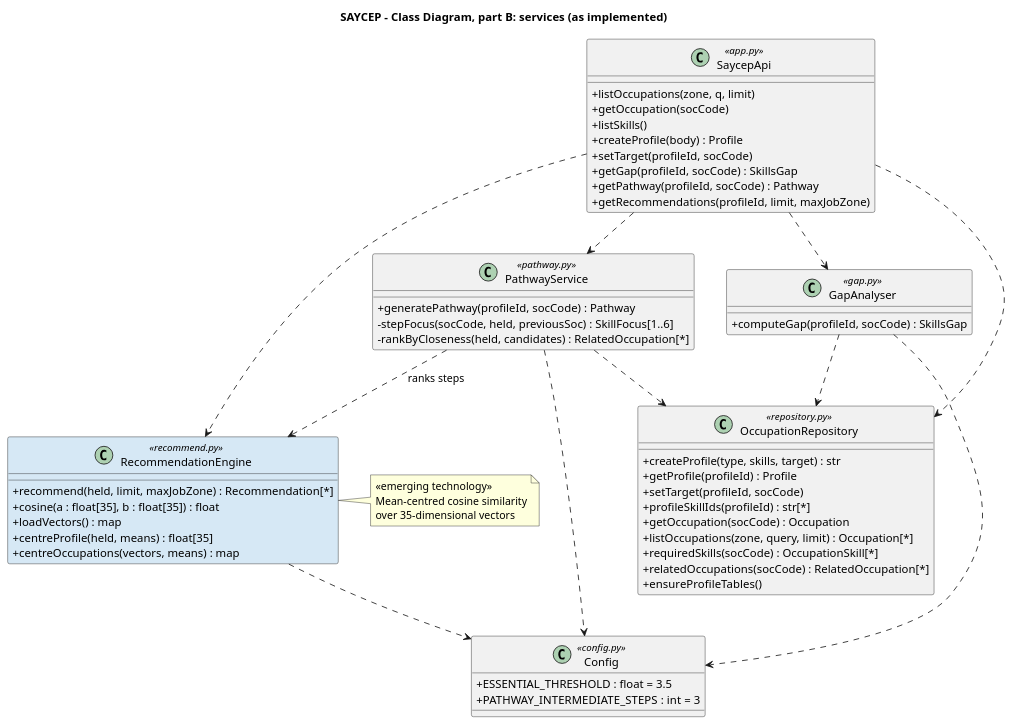
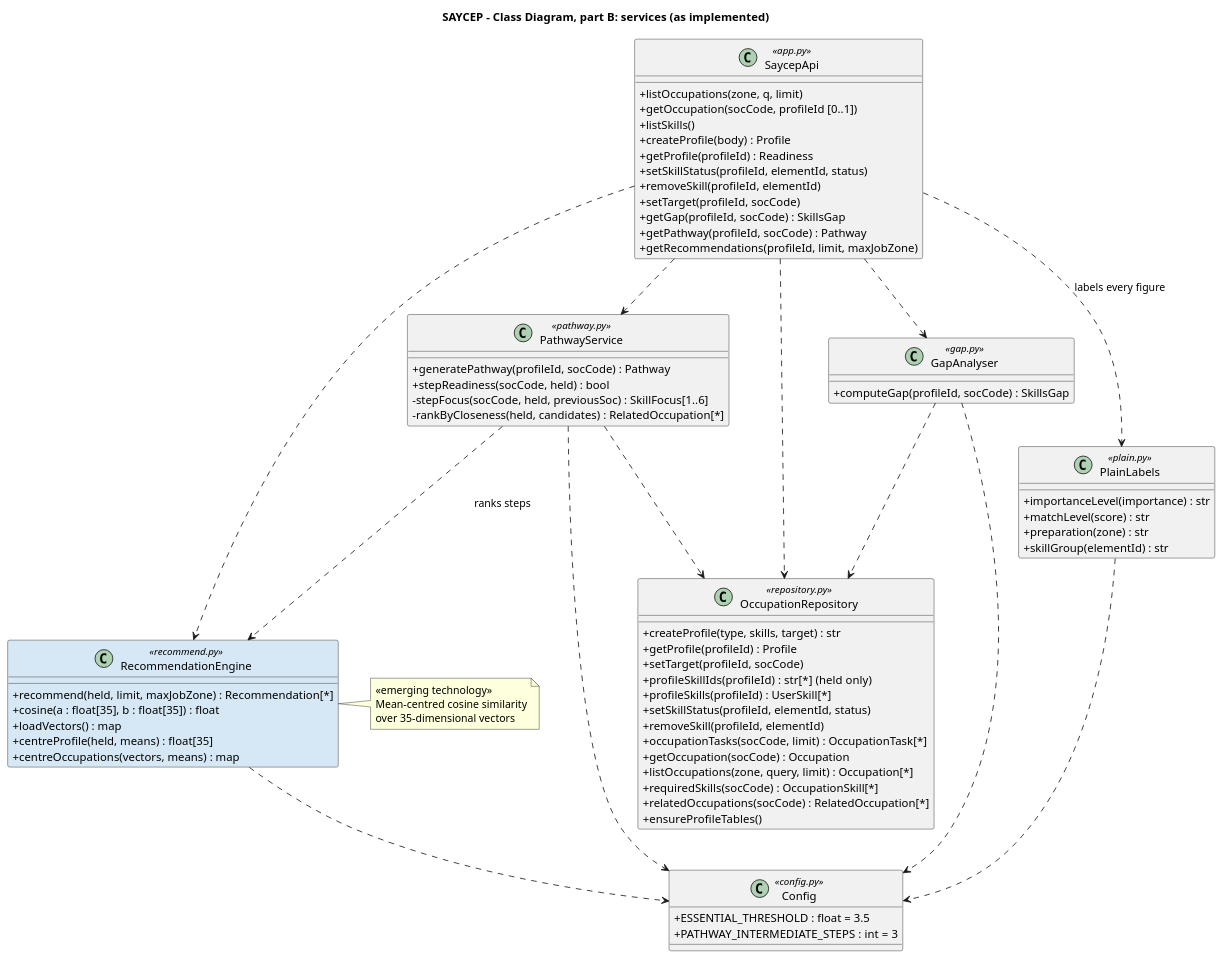
The diagram in docs/uml/a3/03b-class-services.puml (ShogunLSG/SAYCEP), drawn with PlantUML before and after one commit. The commit also changed 26 other files, not shown here.

First line of the commit message:
Redraw the Assignment 3 diagrams for the built system

```diff
--- a/docs/uml/a3/03b-class-services.puml
+++ b/docs/uml/a3/03b-class-services.puml
@@ -1,67 +1,85 @@
 @startuml SAYCEP_A3_Class_Services
 ' Assignment 3 Q3.3, part B - the service classes (backend modules) and
 ' their operations, as implemented. Domain classes are detailed in part A.
+' Version 1.1 (30 September): profile read and progress endpoints, step
+' readiness, task statements, and the PlainLabels module.
 title SAYCEP - Class Diagram, part B: services (as implemented)
 skinparam classAttributeIconSize 0
 skinparam shadowing false
 skinparam nodesep 40
 skinparam ranksep 50
 
 class SaycepApi <<app.py>> {
   + listOccupations(zone, q, limit)
-  + getOccupation(socCode)
+  + getOccupation(socCode, profileId [0..1])
   + listSkills()
   + createProfile(body) : Profile
+  + getProfile(profileId) : Readiness
+  + setSkillStatus(profileId, elementId, status)
+  + removeSkill(profileId, elementId)
   + setTarget(profileId, socCode)
   + getGap(profileId, socCode) : SkillsGap
   + getPathway(profileId, socCode) : Pathway
   + getRecommendations(profileId, limit, maxJobZone)
 }
 class GapAnalyser <<gap.py>> {
   + computeGap(profileId, socCode) : SkillsGap
 }
 class PathwayService <<pathway.py>> {
   + generatePathway(profileId, socCode) : Pathway
+  + stepReadiness(socCode, held) : bool
   - stepFocus(socCode, held, previousSoc) : SkillFocus[1..6]
   - rankByCloseness(held, candidates) : RelatedOccupation[*]
 }
 class RecommendationEngine <<recommend.py>> #D6E8F5 {
   + recommend(held, limit, maxJobZone) : Recommendation[*]
   + cosine(a : float[35], b : float[35]) : float
   + loadVectors() : map
   + centreProfile(held, means) : float[35]
   + centreOccupations(vectors, means) : map
 }
 class OccupationRepository <<repository.py>> {
   + createProfile(type, skills, target) : str
   + getProfile(profileId) : Profile
   + setTarget(profileId, socCode)
-  + profileSkillIds(profileId) : str[*]
+  + profileSkillIds(profileId) : str[*]  (held only)
+  + profileSkills(profileId) : UserSkill[*]
+  + setSkillStatus(profileId, elementId, status)
+  + removeSkill(profileId, elementId)
+  + occupationTasks(socCode, limit) : OccupationTask[*]
   + getOccupation(socCode) : Occupation
   + listOccupations(zone, query, limit) : Occupation[*]
   + requiredSkills(socCode) : OccupationSkill[*]
   + relatedOccupations(socCode) : RelatedOccupation[*]
   + ensureProfileTables()
+}
+class PlainLabels <<plain.py>> {
+  + importanceLevel(importance) : str
+  + matchLevel(score) : str
+  + preparation(zone) : str
+  + skillGroup(elementId) : str
 }
 class Config <<config.py>> {
   + ESSENTIAL_THRESHOLD : float = 3.5
   + PATHWAY_INTERMEDIATE_STEPS : int = 3
 }
 
 SaycepApi ..> GapAnalyser
 SaycepApi ..> PathwayService
 SaycepApi ..> RecommendationEngine
 SaycepApi ..> OccupationRepository
+SaycepApi ..> PlainLabels : labels every figure
+PlainLabels ..> Config
 PathwayService ..> RecommendationEngine : ranks steps
 PathwayService ..> OccupationRepository
 GapAnalyser ..> OccupationRepository
 GapAnalyser ..> Config
 PathwayService ..> Config
 RecommendationEngine ..> Config
 
 note right of RecommendationEngine
   <<emerging technology>>
   Mean-centred cosine similarity
   over 35-dimensional vectors
 end note
 @enduml
```
